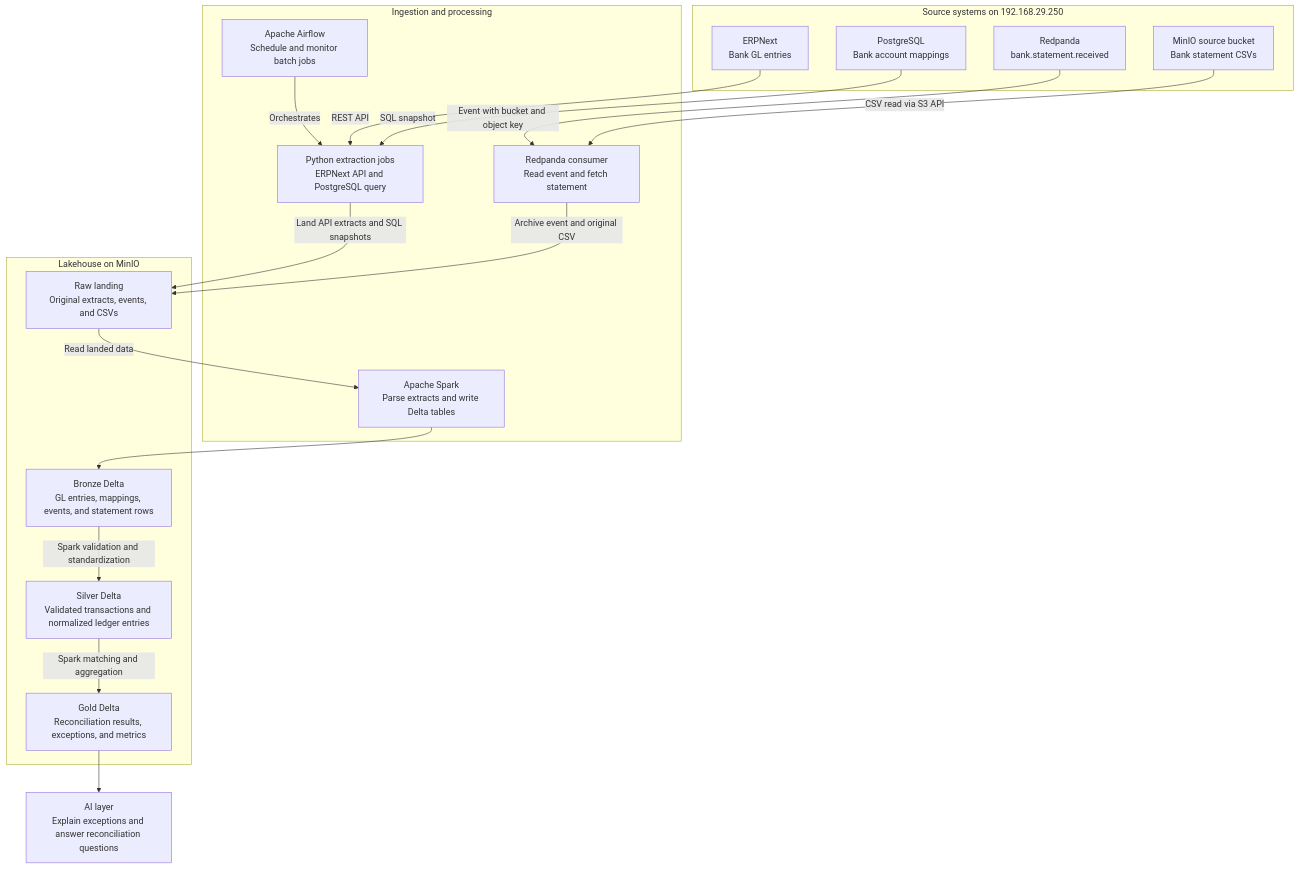
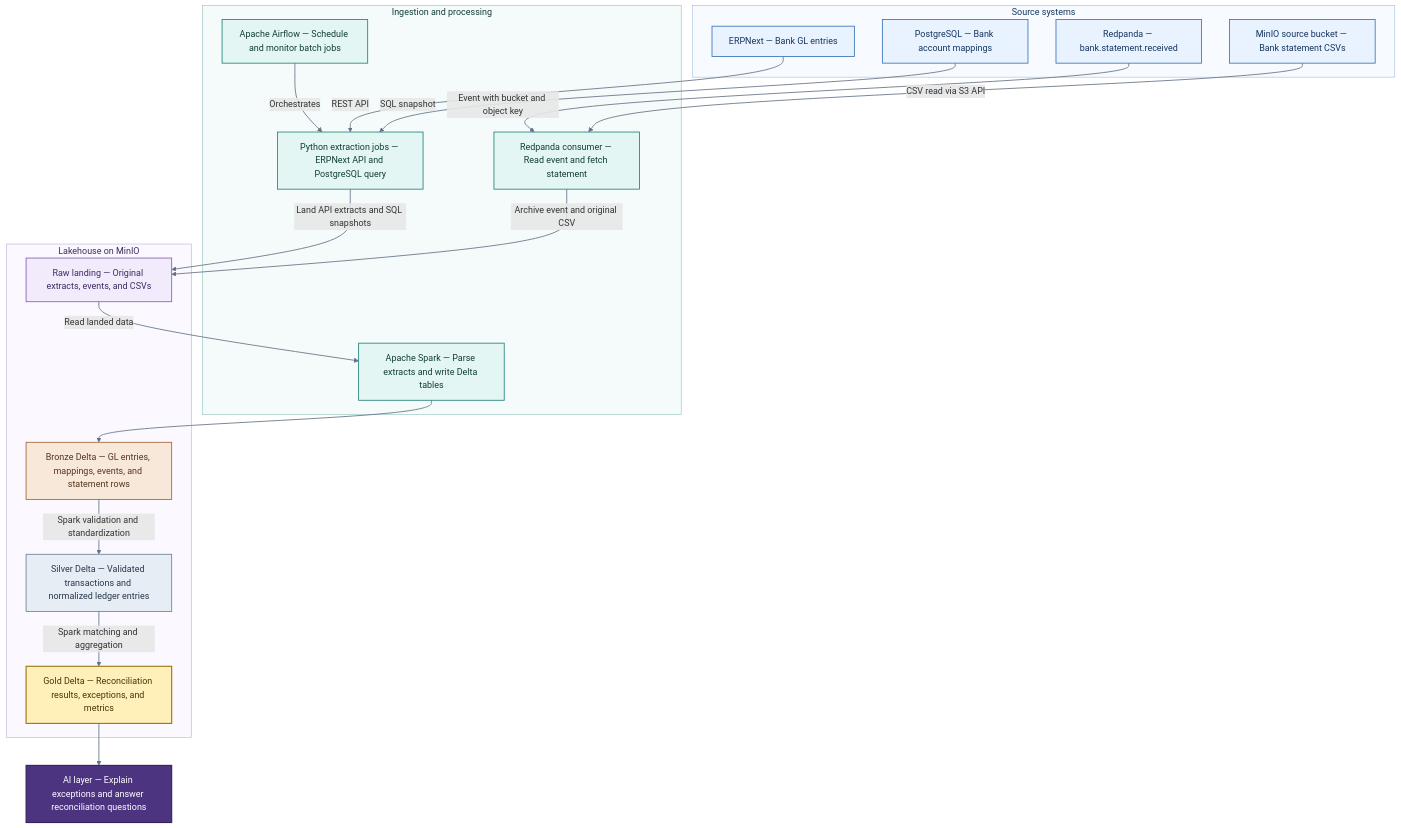
The diagram in data-platform/README.md (kirannc1/data-ai-platform), drawn with Mermaid before and after one commit. The commit also changed other lines of this file and 4 other files, not shown here.

````diff
--- a/data-platform/README.md
+++ b/data-platform/README.md
@@ -21,40 +21,59 @@
 ```mermaid
 flowchart TB
-    subgraph SOURCES["Source systems on 192.168.29.250"]
-        ERP["ERPNext<br/>Bank GL entries"]
-        PG["PostgreSQL<br/>Bank account mappings"]
-        FILES["MinIO source bucket<br/>Bank statement CSVs"]
-        KAFKA["Redpanda<br/>bank.statement.received"]
+    subgraph SOURCES["Source systems"]
+        ERP["ERPNext — Bank GL entries"]
+        PG["PostgreSQL — Bank account mappings"]
+        FILES["MinIO source bucket — Bank statement CSVs"]
+        KAFKA["Redpanda — bank.statement.received"]
     end
 
     subgraph INGESTION["Ingestion and processing"]
-        AIRFLOW["Apache Airflow<br/>Schedule and monitor batch jobs"]
-        BATCH["Python extraction jobs<br/>ERPNext API and PostgreSQL query"]
-        CONSUMER["Redpanda consumer<br/>Read event and fetch statement"]
-        SPARK["Apache Spark<br/>Parse extracts and write Delta tables"]
+        AIRFLOW["Apache Airflow — Schedule and monitor batch jobs"]
+        BATCH["Python extraction jobs — ERPNext API and PostgreSQL query"]
+        CONSUMER["Redpanda consumer — Read event and fetch statement"]
+        SPARK["Apache Spark — Parse extracts and write Delta tables"]
 
         AIRFLOW -->|Orchestrates| BATCH
     end
 
     ERP -->|REST API| BATCH
     PG -->|SQL snapshot| BATCH
     KAFKA -->|Event with bucket and object key| CONSUMER
     FILES -->|CSV read via S3 API| CONSUMER
 
     subgraph LAKEHOUSE["Lakehouse on MinIO"]
-        RAW["Raw landing<br/>Original extracts, events, and CSVs"]
-        BRONZE["Bronze Delta<br/>GL entries, mappings, events, and statement rows"]
-        SILVER["Silver Delta<br/>Validated transactions and normalized ledger entries"]
-        GOLD["Gold Delta<br/>Reconciliation results, exceptions, and metrics"]
-
-        RAW -->|Read landed data| SPARK
-        SPARK --> BRONZE
-        BRONZE -->|Spark validation and standardization| SILVER
-        SILVER -->|Spark matching and aggregation| GOLD
+        RAW["Raw landing — Original extracts, events, and CSVs"]
+        BRONZE["Bronze Delta — GL entries, mappings, events, and statement rows"]
+        SILVER["Silver Delta — Validated transactions and normalized ledger entries"]
+        GOLD["Gold Delta — Reconciliation results, exceptions, and metrics"]
     end
 
     BATCH -->|Land API extracts and SQL snapshots| RAW
     CONSUMER -->|Archive event and original CSV| RAW
+    RAW -->|Read landed data| SPARK
+    SPARK --> BRONZE
+    BRONZE -->|Spark validation and standardization| SILVER
+    SILVER -->|Spark matching and aggregation| GOLD
+    GOLD --> AI["AI layer — Explain exceptions and answer reconciliation questions"]
 
-    GOLD --> AI["AI layer<br/>Explain exceptions and answer reconciliation questions"]
+    classDef source fill:#E9F2FF,stroke:#3974BA,color:#15365E,stroke-width:1.5px
+    classDef processing fill:#E4F6F3,stroke:#238378,color:#123D39,stroke-width:1.5px
+    classDef raw fill:#F1EBFC,stroke:#8061B4,color:#3F2A62,stroke-width:1.5px
+    classDef bronze fill:#F7E8D9,stroke:#A46432,color:#56351F,stroke-width:1.5px
+    classDef silver fill:#E7EDF4,stroke:#6D8095,color:#27394D,stroke-width:1.5px
+    classDef gold fill:#FFF0BA,stroke:#9F750E,color:#4C3405,stroke-width:2px
+    classDef ai fill:#4C3481,stroke:#36225E,color:#FFFFFF,stroke-width:2px
+
+    class ERP,PG,FILES,KAFKA source
+    class AIRFLOW,BATCH,CONSUMER,SPARK processing
+    class RAW raw
+    class BRONZE bronze
+    class SILVER silver
+    class GOLD gold
+    class AI ai
+
+    style SOURCES fill:#F7FAFF,stroke:#9CBCE2,color:#15365E
+    style INGESTION fill:#F4FBFA,stroke:#8CBEB8,color:#123D39
+    style LAKEHOUSE fill:#FBF9FF,stroke:#BAAAD6,color:#3F2A62
+    linkStyle default stroke:#627286,stroke-width:1.5px
 ```
````
